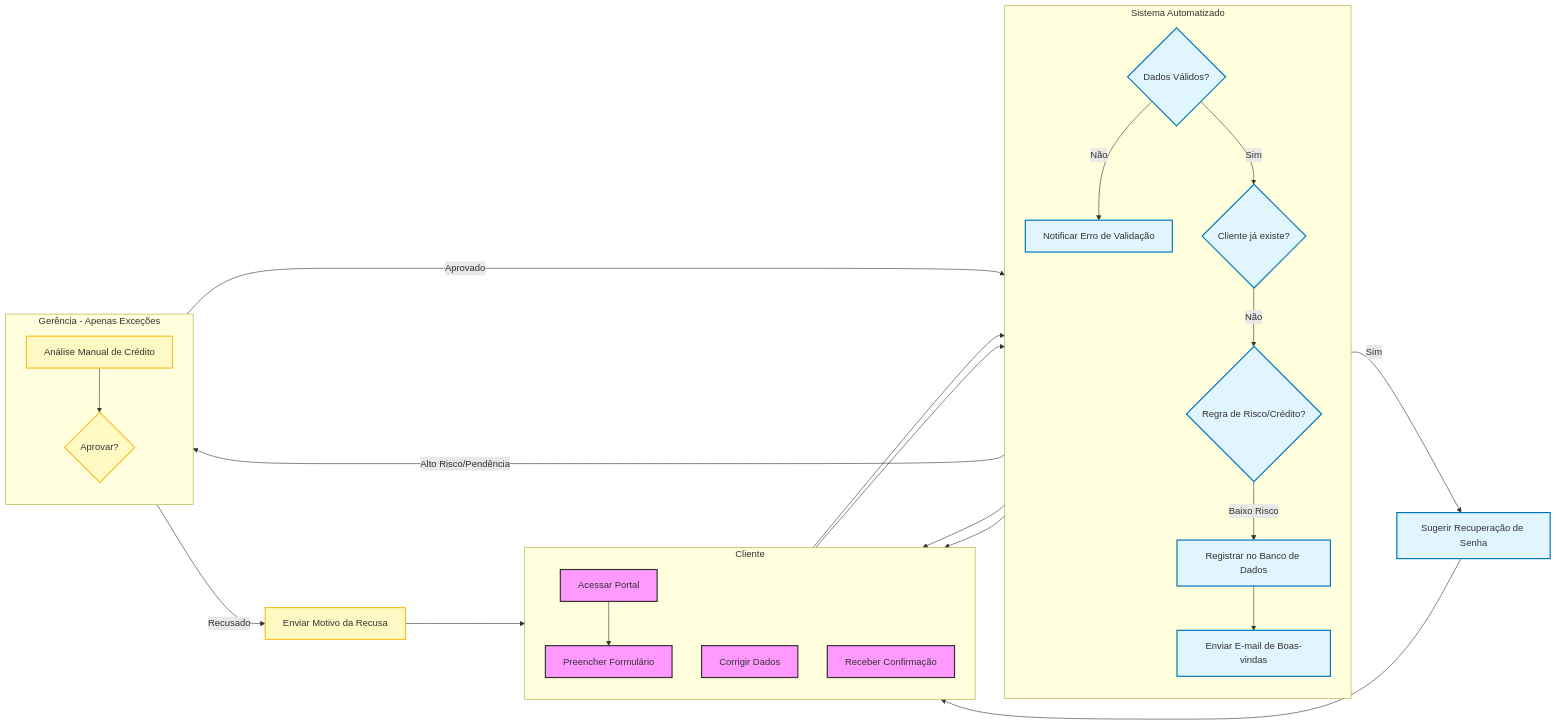
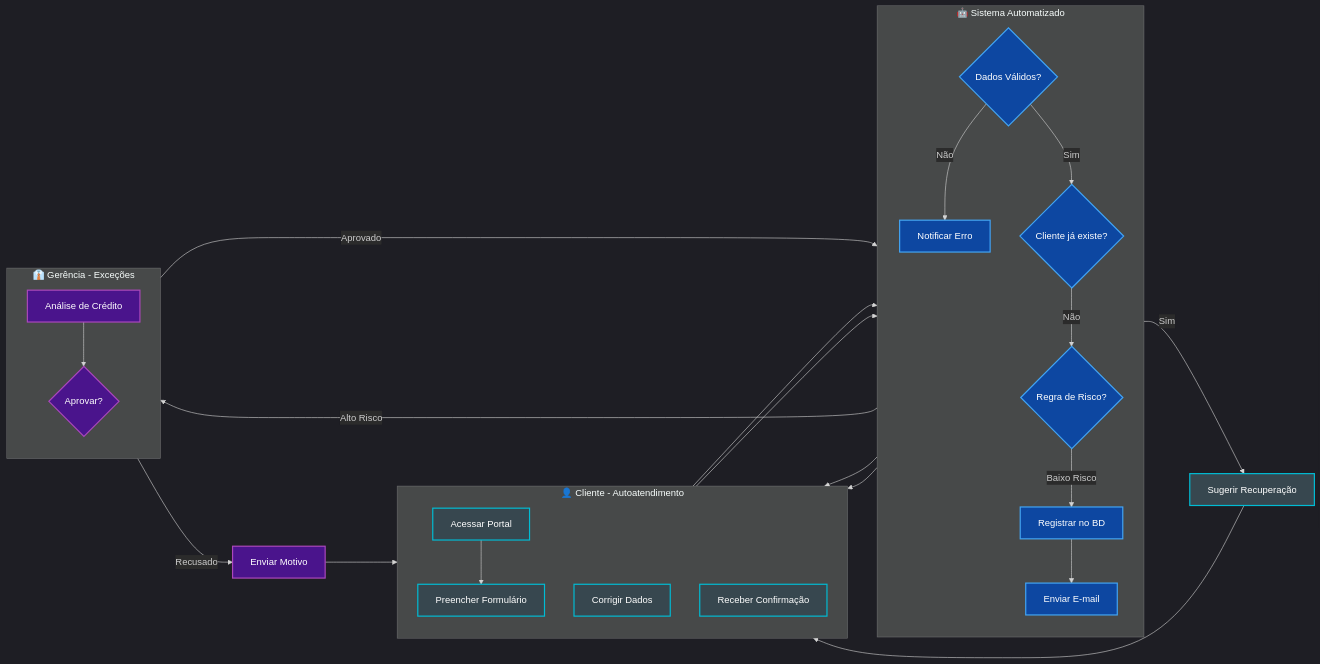
The diagram in BPMN/Cadastro - Livraria Resolve.mmd (PhelHilha/EEL873---Engenharia-de-Software), drawn with Mermaid before and after one commit.

Commit message:
Enhance BPMN diagram with clearer titles and styling

```diff
--- a/BPMN/Cadastro - Livraria Resolve.mmd
+++ b/BPMN/Cadastro - Livraria Resolve.mmd
@@ -1,63 +1,70 @@
+%%{init: {'theme': 'dark', 'themeVariables': { 'primaryColor': '#2b2b2b', 'edgeLabelBackground':'#2b2b2b', 'tertiaryColor': '#1f1f1f'}}}%%
 graph LR
-    %% Definição das Raias (Swimlanes)
-    subgraph Cliente_Lane [Cliente]
+    %% Definição das Raias (Swimlanes) com títulos claros
+    subgraph Cliente_Lane [👤 Cliente - Autoatendimento]
         direction TB
         A[Acessar Portal]
         B[Preencher Formulário]
         C[Corrigir Dados]
         D[Receber Confirmação]
     end
 
-    subgraph Sistema_Lane [Sistema Automatizado]
+    subgraph Sistema_Lane [🤖 Sistema Automatizado]
         direction TB
         E{Dados Válidos?}
         F{Cliente já existe?}
-        G{Regra de Risco/Crédito?}
-        H[Registrar no Banco de Dados]
-        I[Enviar E-mail de Boas-vindas]
-        J[Notificar Erro de Validação]
+        G{Regra de Risco?}
+        H[Registrar no BD]
+        I[Enviar E-mail]
+        J[Notificar Erro]
     end
 
-    subgraph Gerencia_Lane [Gerência - Apenas Exceções]
+    subgraph Gerencia_Lane [👔 Gerência - Exceções]
         direction TB
-        K[Análise Manual de Crédito]
+        K[Análise de Crédito]
         L{Aprovar?}
     end
 
-    %% Fluxo
+    %% Conexões
     A --> B
     B --> E
     
-    %% Validações Automáticas
+    %% Validações
     E -- Não --> J
     J --> C
     C --> E
     
     E -- Sim --> F
-    F -- Sim --> J2[Sugerir Recuperação de Senha]
+    F -- Sim --> J2[Sugerir Recuperação]
     J2 --> A
     
     F -- Não --> G
     
-    %% Decisão de Automação vs Humano
+    %% Decisão Automática
     G -- Baixo Risco --> H
-    G -- Alto Risco/Pendência --> K
+    G -- Alto Risco --> K
     
-    %% Intervenção Humana
+    %% Decisão Humana
     K --> L
-    L -- Recusado --> M[Enviar Motivo da Recusa]
+    L -- Recusado --> M[Enviar Motivo]
     M --> C
     L -- Aprovado --> H
     
     %% Finalização
     H --> I
     I --> D
     
-    %% Estilização para clareza
-    classDef actor fill:#f9f,stroke:#333,stroke-width:2px;
-    classDef system fill:#e1f5fe,stroke:#0277bd,stroke-width:2px;
-    classDef manager fill:#fff9c4,stroke:#fbc02d,stroke-width:2px;
+    %% ESTILIZAÇÃO DARK MODE (Alto Contraste)
+    %% Cliente: Cinza Escuro com borda Ciano
+    classDef actor fill:#37474f,stroke:#00bcd4,stroke-width:2px,color:#fff;
     
-    class A,B,C,D actor;
-    class E,F,G,H,I,J,J2 system;
+    %% Sistema: Azul Noturno com borda Azul Claro
+    classDef system fill:#0d47a1,stroke:#42a5f5,stroke-width:2px,color:#fff;
+    
+    %% Gerência: Roxo Escuro com borda Lilás
+    classDef manager fill:#4a148c,stroke:#ab47bc,stroke-width:2px,color:#fff;
+    
+    %% Aplicação das classes
+    class A,B,C,D,J2 actor;
+    class E,F,G,H,I,J system;
     class K,L,M manager;
```
